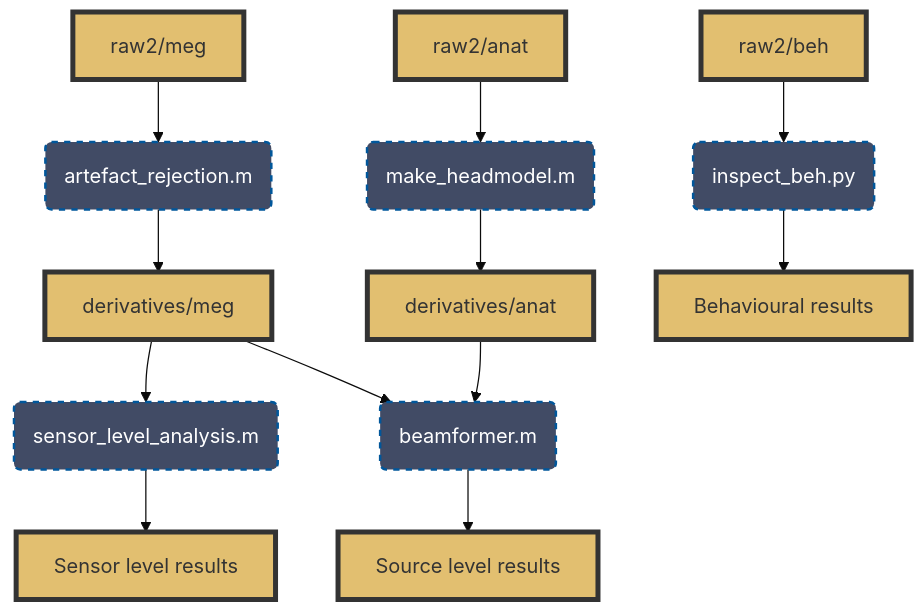
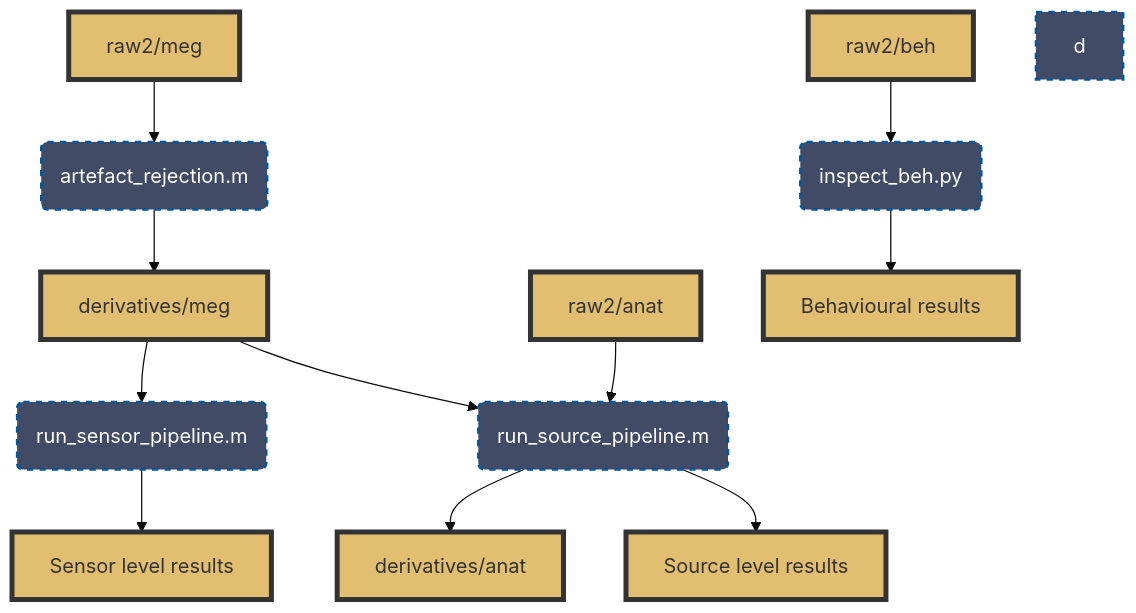
One commit to henneysq/meg-ahat changed the first of 2 diagrams in README.md. Above: the diagram before and after it, drawn with Mermaid (base theme). The commit also changed other lines of this file and 1 other file, not shown here.

Commit message:
finalising analysis flowchart

````diff
--- a/README.md
+++ b/README.md
@@ -143,28 +146,26 @@
 ```mermaid
 graph TD;
     A[raw2/meg]-->a(artefact_rejection.m)-->B[derivatives/meg];
     
-    B-->b(sensor_level_analysis.m)-->D[Sensor level results]
+    B-->b(run_sensor_pipeline.m)-->D[Sensor level results]
 
-    C[raw2/anat]-->c( make_headmodel.m)-->E[derivatives/anat]
+    C[raw2/anat]-->c(run_source_pipeline.m)-->E[derivatives/anat]
     
-    d(beamformer.m)
-    B-->d-->F[Source level results]
-    E-->d
+    B-->c-->F[Source level results]
 
     G[raw2/beh]-->e(inspect_beh.py)-->H[Behavioural results]
     
     style a fill:#414b65,stroke:#01579b,stroke-width:2px,color:#FFFFFF,stroke-dasharray: 5 5
     style b fill:#414b65,stroke:#01579b,stroke-width:2px,color:#FFFFFF,stroke-dasharray: 5 5
     style c fill:#414b65,stroke:#01579b,stroke-width:2px,color:#FFFFFF,stroke-dasharray: 5 5
     style d fill:#414b65,stroke:#01579b,stroke-width:2px,color:#FFFFFF,stroke-dasharray: 5 5
     style e fill:#414b65,stroke:#01579b,stroke-width:2px,color:#FFFFFF,stroke-dasharray: 5 5
     style A fill:#e2bf70,stroke:#333,stroke-width:4px
     style B fill:#e2bf70,stroke:#333,stroke-width:4px
     style C fill:#e2bf70,stroke:#333,stroke-width:4px
     style D fill:#e2bf70,stroke:#333,stroke-width:4px
     style E fill:#e2bf70,stroke:#333,stroke-width:4px
     style F fill:#e2bf70,stroke:#333,stroke-width:4px
     style G fill:#e2bf70,stroke:#333,stroke-width:4px
     style H fill:#e2bf70,stroke:#333,stroke-width:4px
 ```
````
